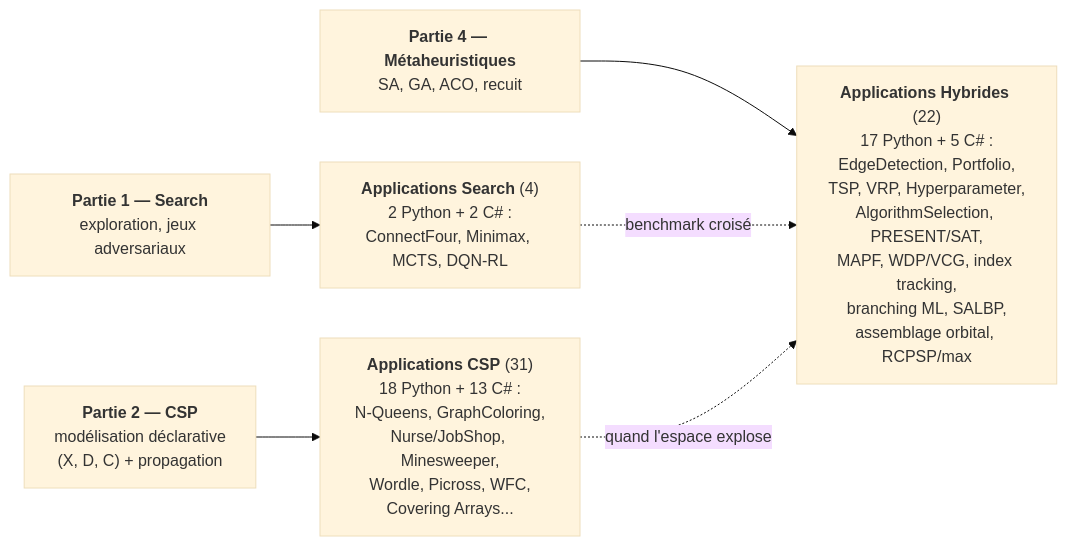
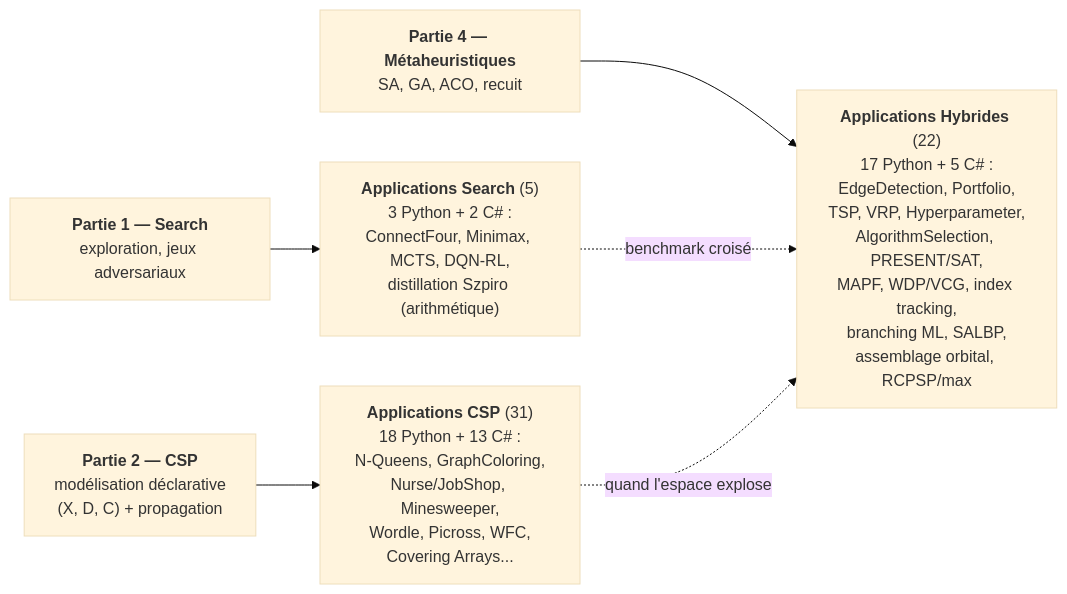
Before and after one commit to jsboige/CoursIA: the diagram in MyIA.AI.Notebooks/Search/Applications/README.md, drawn with Mermaid (base theme). The commit also changed other lines of this file and 1 other file, not shown here.

First line of the commit message:
fix(search,#16549): reserve adjoint — formule theoreme 1.1 corrigee + compteurs README reconcilies (57->58)

````diff
--- a/MyIA.AI.Notebooks/Search/Applications/README.md
+++ b/MyIA.AI.Notebooks/Search/Applications/README.md
@@ -39,14 +39,14 @@
 ```mermaid
 flowchart LR
     P1["<b>Partie 1 — Search</b><br/>exploration, jeux adversariaux"]
     P2["<b>Partie 2 — CSP</b><br/>modélisation déclarative<br/>(X, D, C) + propagation"]
     P4["<b>Partie 4 — Métaheuristiques</b><br/>SA, GA, ACO, recuit"]
-    S["<b>Applications Search</b> (4)<br/>2 Python + 2 C# :<br/>ConnectFour, Minimax, MCTS, DQN-RL"]
+    S["<b>Applications Search</b> (5)<br/>3 Python + 2 C# :<br/>ConnectFour, Minimax, MCTS, DQN-RL,<br/>distillation Szpiro (arithmétique)"]
     C["<b>Applications CSP</b> (31)<br/>18 Python + 13 C# :<br/>N-Queens, GraphColoring,<br/>Nurse/JobShop, Minesweeper,<br/>Wordle, Picross, WFC,<br/>Covering Arrays..."]
     H["<b>Applications Hybrides</b> (22)<br/>17 Python + 5 C# :<br/>EdgeDetection, Portfolio,<br/>TSP, VRP, Hyperparameter,<br/>AlgorithmSelection, PRESENT/SAT,<br/>MAPF, WDP/VCG, index tracking,<br/>branching ML, SALBP,<br/>assemblage orbital, RCPSP/max"]
     P1 --> S
     P2 --> C
     P4 --> H
     S -.->|"benchmark croisé"| H
     C -.->|"quand l'espace explose"| H
 ```
````
